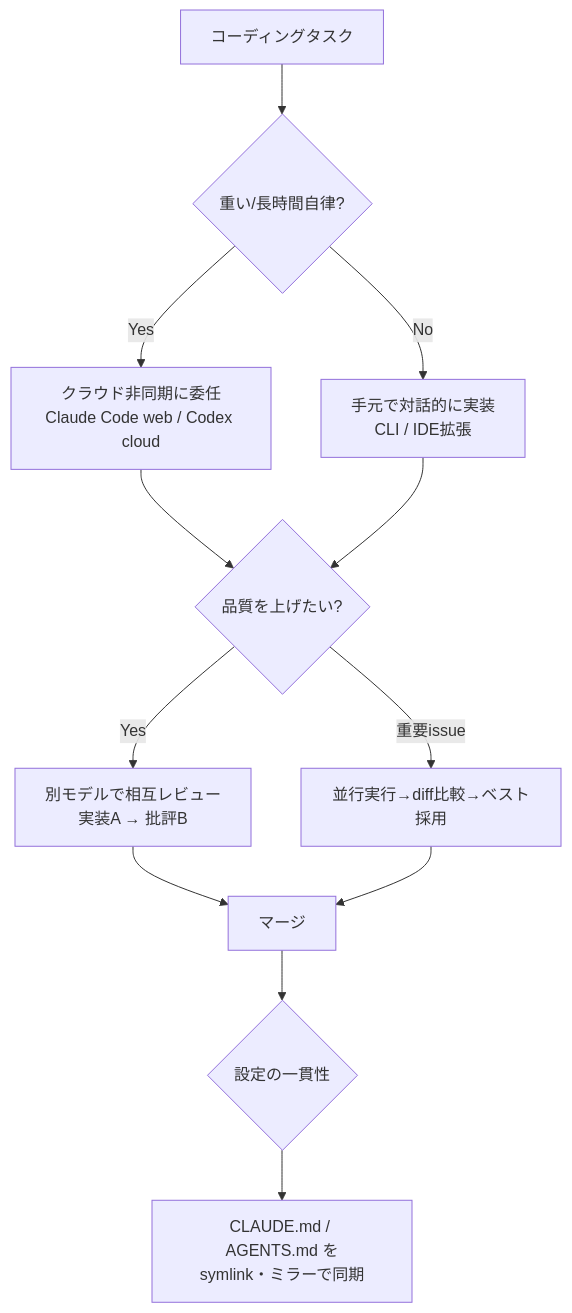
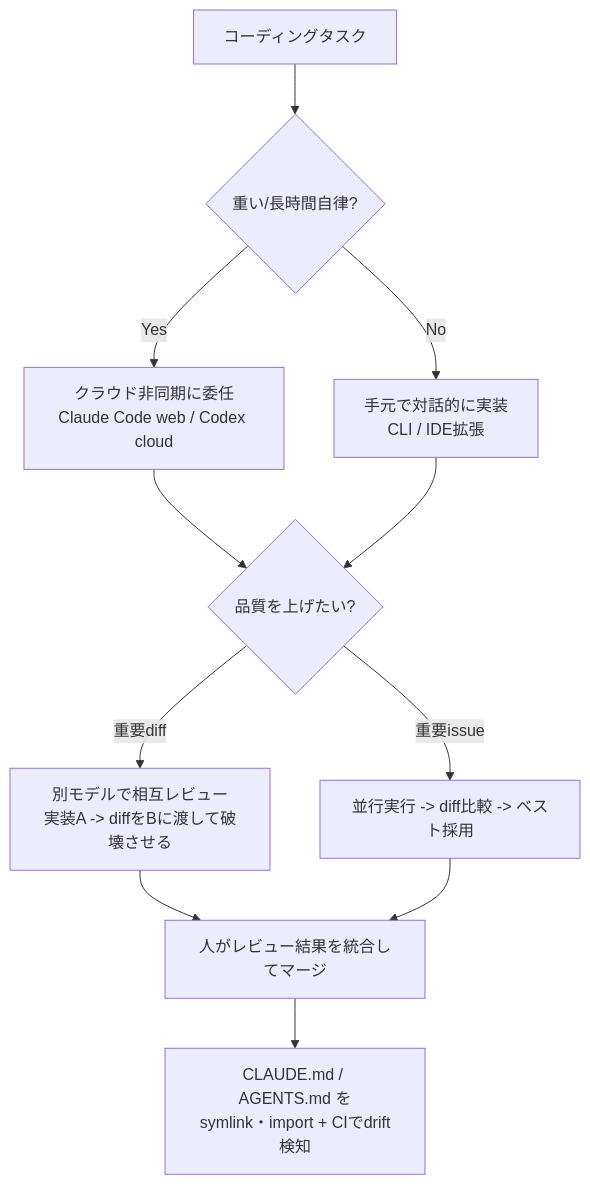
Before and after one commit to silmo-yokohama/knowledge-hub: the first of 2 diagrams in 01.Research/2026-05-31_claude-code-vs-openai-codex.md, drawn with Mermaid. The commit also changed other lines of this file, not shown here.

First line of the commit message:
research: Claude Code vs Codex を実データで全面改稿（反証検証反映）

````diff
--- a/01.Research/2026-05-31_claude-code-vs-openai-codex.md
+++ b/01.Research/2026-05-31_claude-code-vs-openai-codex.md
@@ -143,14 +156,13 @@
 ```mermaid
 flowchart TD
   A[コーディングタスク] --> B{重い/長時間自律?}
-  B -->|Yes| C[クラウド非同期に委任\nClaude Code web / Codex cloud]
-  B -->|No| D[手元で対話的に実装\nCLI / IDE拡張]
+  B -->|Yes| C[クラウド非同期に委任<br/>Claude Code web / Codex cloud]
+  B -->|No| D[手元で対話的に実装<br/>CLI / IDE拡張]
   C --> E{品質を上げたい?}
   D --> E
-  E -->|Yes| F[別モデルで相互レビュー\n実装A → 批評B]
-  E -->|重要issue| G[並行実行→diff比較→ベスト採用]
-  F --> H[マージ]
-  G --> H[マージ]
-  H --> I{設定の一貫性}
-  I --> J[CLAUDE.md / AGENTS.md を\nsymlink・ミラーで同期]
+  E -->|重要diff| F[別モデルで相互レビュー<br/>実装A -> diffをBに渡して破壊させる]
+  E -->|重要issue| G[並行実行 -> diff比較 -> ベスト採用]
+  F --> H[人がレビュー結果を統合してマージ]
+  G --> H
+  H --> I[CLAUDE.md / AGENTS.md を<br/>symlink・import + CIでdrift検知]
 ```
````
